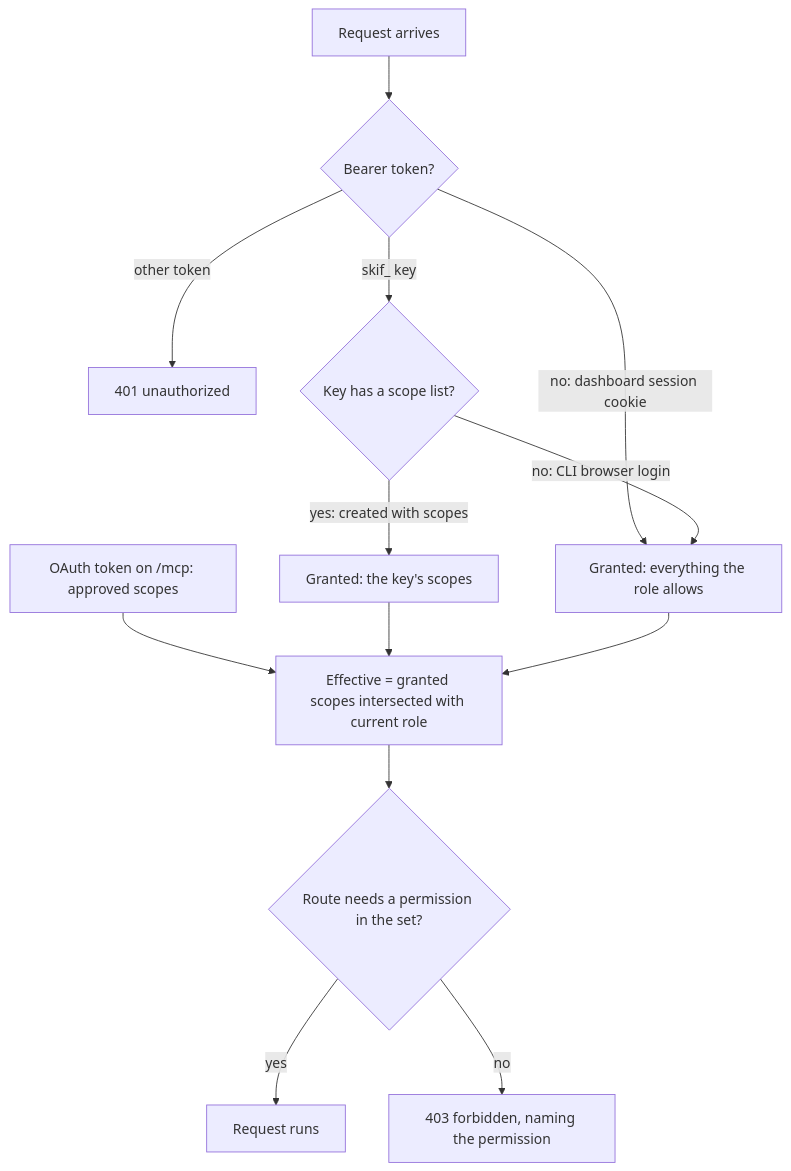
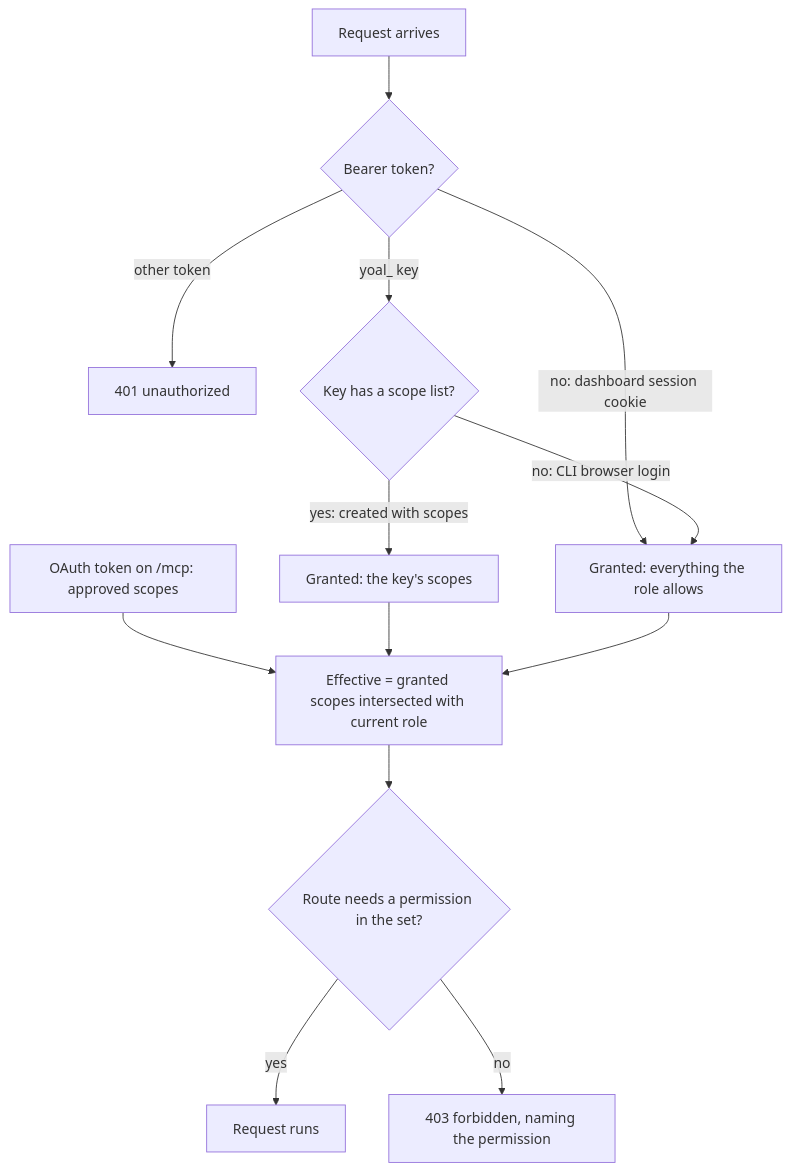
The diagram in packages/docs/content/accounts/api-keys-and-tokens.md (KieranHolroyd/skiff), drawn with Mermaid before and after one commit. The commit also changed other lines of this file and 1869 other files, not shown here.

````diff
--- a/packages/docs/content/accounts/api-keys-and-tokens.md
+++ b/packages/docs/content/accounts/api-keys-and-tokens.md
@@ -25,15 +25,15 @@
 ```mermaid
 flowchart TD
   Start["Request arrives"] --> Bearer{"Bearer token?"}
   Bearer -->|"no: dashboard session cookie"| Role["Granted: everything the role allows"]
   Bearer -->|"other token"| Reject["401 unauthorized"]
-  Bearer -->|"skif_ key"| Scoped{"Key has a scope list?"}
+  Bearer -->|"yoal_ key"| Scoped{"Key has a scope list?"}
   Scoped -->|"yes: created with scopes"| Granted["Granted: the key's scopes"]
   Scoped -->|"no: CLI browser login"| Role
   MCP["OAuth token on /mcp: approved scopes"] --> Effective
   Granted --> Effective["Effective = granted scopes intersected with current role"]
   Role --> Effective
   Effective --> Check{"Route needs a permission in the set?"}
   Check -->|"yes"| Allowed["Request runs"]
   Check -->|"no"| Forbidden["403 forbidden, naming the permission"]
 ```
````
